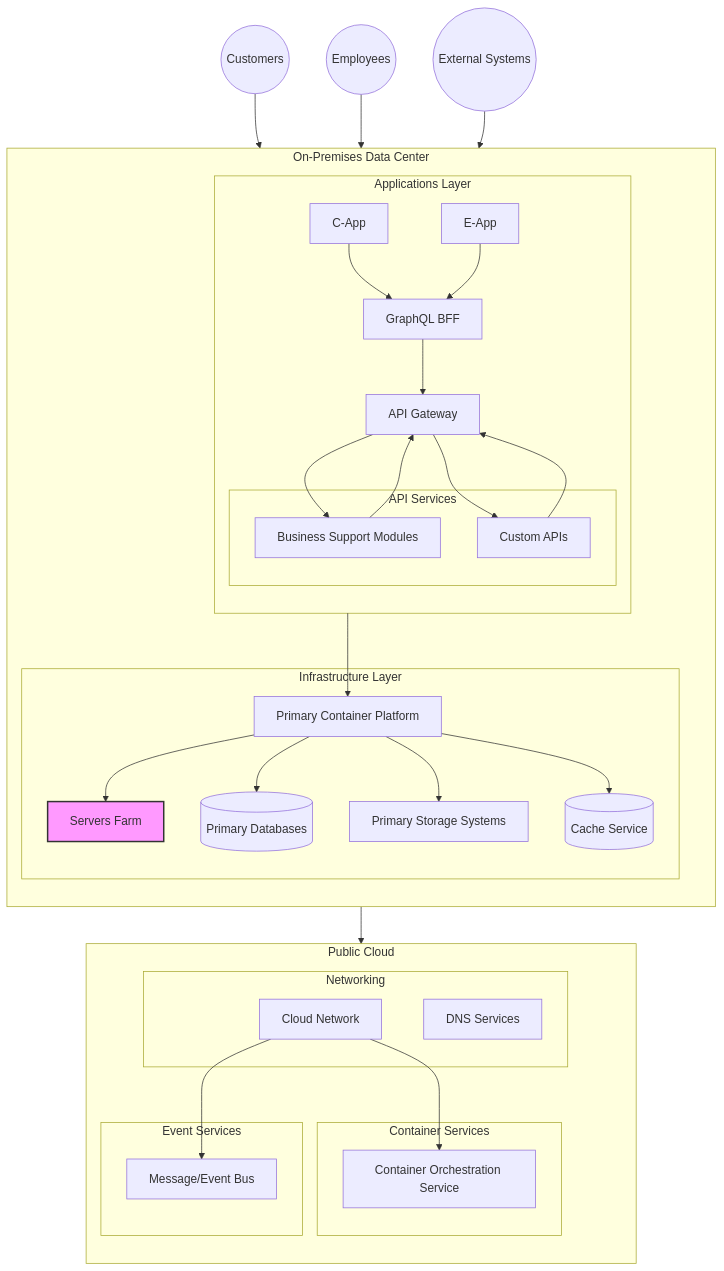
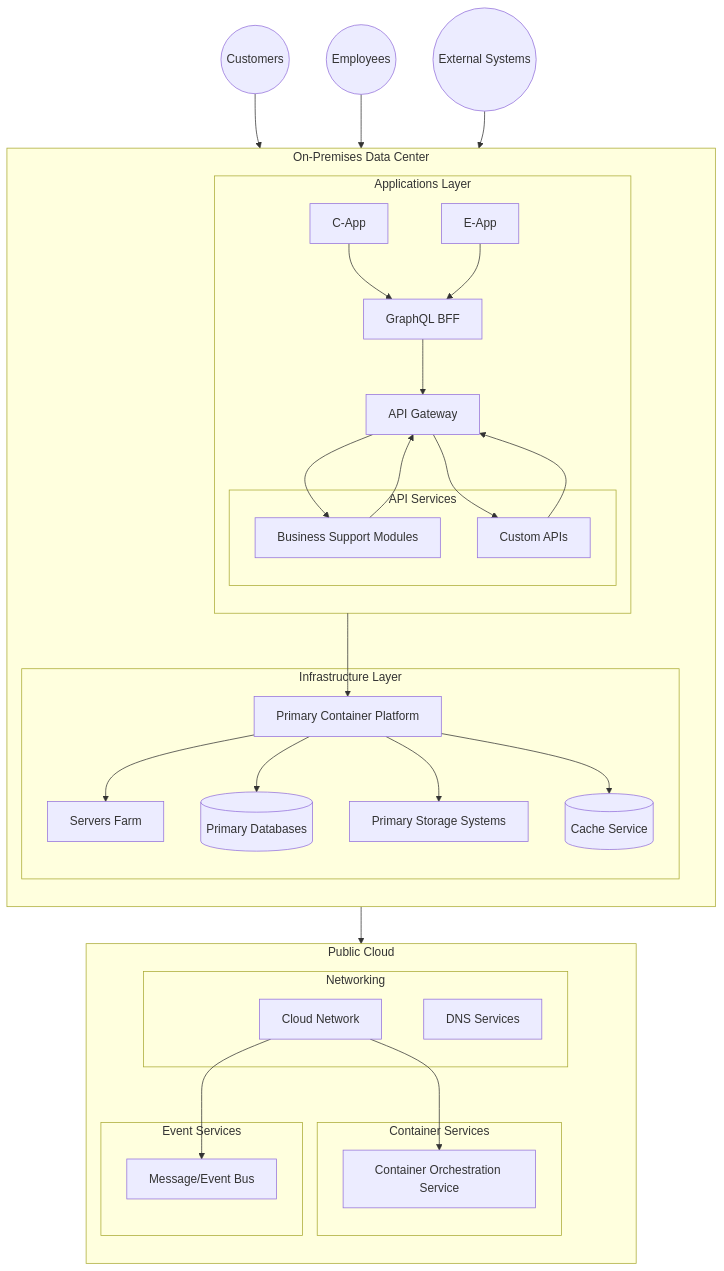
The diagram in Generic-HybridCloud.md (henryrestive/infra-docs), drawn with Mermaid before and after one commit. The commit also changed 2 other files, not shown here.

Commit message:
Revising the diagrams

````diff
--- a/Generic-HybridCloud.md
+++ b/Generic-HybridCloud.md
@@ -8,65 +8,63 @@
 ```mermaid
 graph TB
     subgraph OnPrem[On-Premises Data Center]
         direction TB
         subgraph Apps[Applications Layer]
             CApp[C-App]
             EApp[E-App]
             subgraph API[API Services]
                 BSM[Business Support Modules]
                 CustomAPI[Custom APIs]
             end
             BFF[GraphQL BFF]
             Gateway[API Gateway]
         end
         
         subgraph Infrastructure[Infrastructure Layer]
-            ServersFarm[Servers Farm]:::serversFarm
+            ServersFarm[Servers Farm]
             ContainerPlatform[Primary Container Platform]
             PrimaryDB[(Primary Databases)]
             PrimaryStorage[Primary Storage Systems]
             CacheService[(Cache Service)]
         end
     end
 
     subgraph Cloud[Public Cloud]
         direction TB
         subgraph Network[Networking]
             CloudNet[Cloud Network]
             DNS[DNS Services]
         end
         
         subgraph Compute[Container Services]
             ContainerService[Container Orchestration Service]
         end
         
         subgraph Messaging[Event Services]
             EventBus[Message/Event Bus]
         end
     end
 
     %% External entities
     Customers((Customers))
     Employees((Employees))
     ExternalSystems((External Systems))
 
     %% Connections
     CApp & EApp --> BFF
     BFF --> Gateway
     BSM & CustomAPI --> Gateway
     Gateway --> BSM
     Gateway --> CustomAPI
     Customers --> CApp
     Employees --> EApp
     ExternalSystems --> Gateway
     Apps --> ContainerPlatform
     ContainerPlatform --> ServersFarm
     ContainerPlatform --> PrimaryDB
     ContainerPlatform --> PrimaryStorage
     ContainerPlatform --> CacheService
     Infrastructure --> Network
     CloudNet --> ContainerService
     CloudNet --> EventBus
-
-    classDef serversFarm fill:#f9f,stroke:#333,stroke-width:2px;
 ```
````
